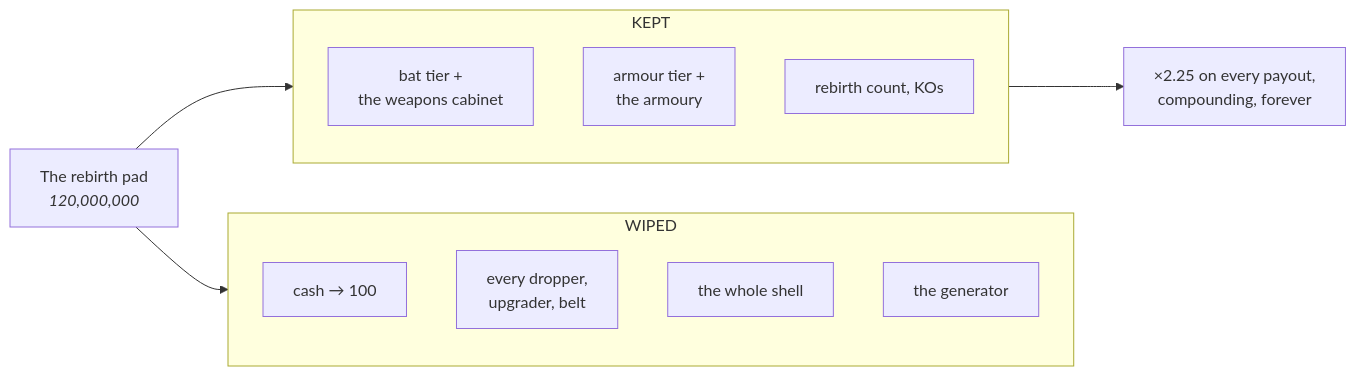
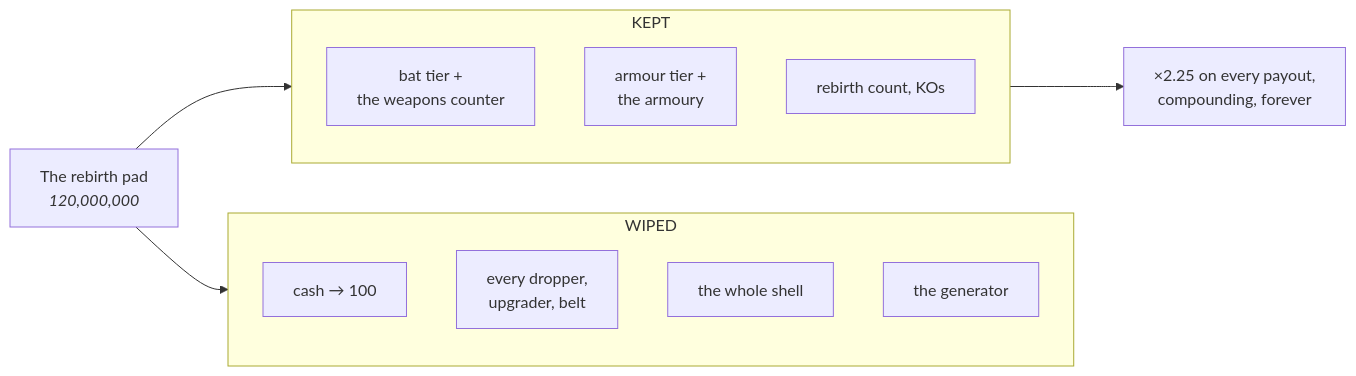
Before and after one commit to adit-rah/ttt: the sixth of 6 diagrams in docs/design/GAME.md, drawn with Mermaid. The commit also changed other lines of this file and 21 other files, not shown here.

````diff
--- a/docs/design/GAME.md
+++ b/docs/design/GAME.md
@@ -330,17 +330,17 @@
 ```mermaid
 flowchart LR
     subgraph reset["WIPED"]
         R1[cash → 100]
         R2[every dropper,<br/>upgrader, belt]
         R3[the whole shell]
         R4[the generator]
     end
     subgraph keep["KEPT"]
-        K1[bat tier +<br/>the weapons cabinet]
+        K1[bat tier +<br/>the weapons counter]
         K2[armour tier +<br/>the armoury]
         K3[rebirth count, KOs]
     end
     P["The rebirth pad<br/><i>120,000,000</i>"] --> reset
     P --> keep
     keep --> M["×2.25 on every payout,<br/>compounding, forever"]
 ```
````
